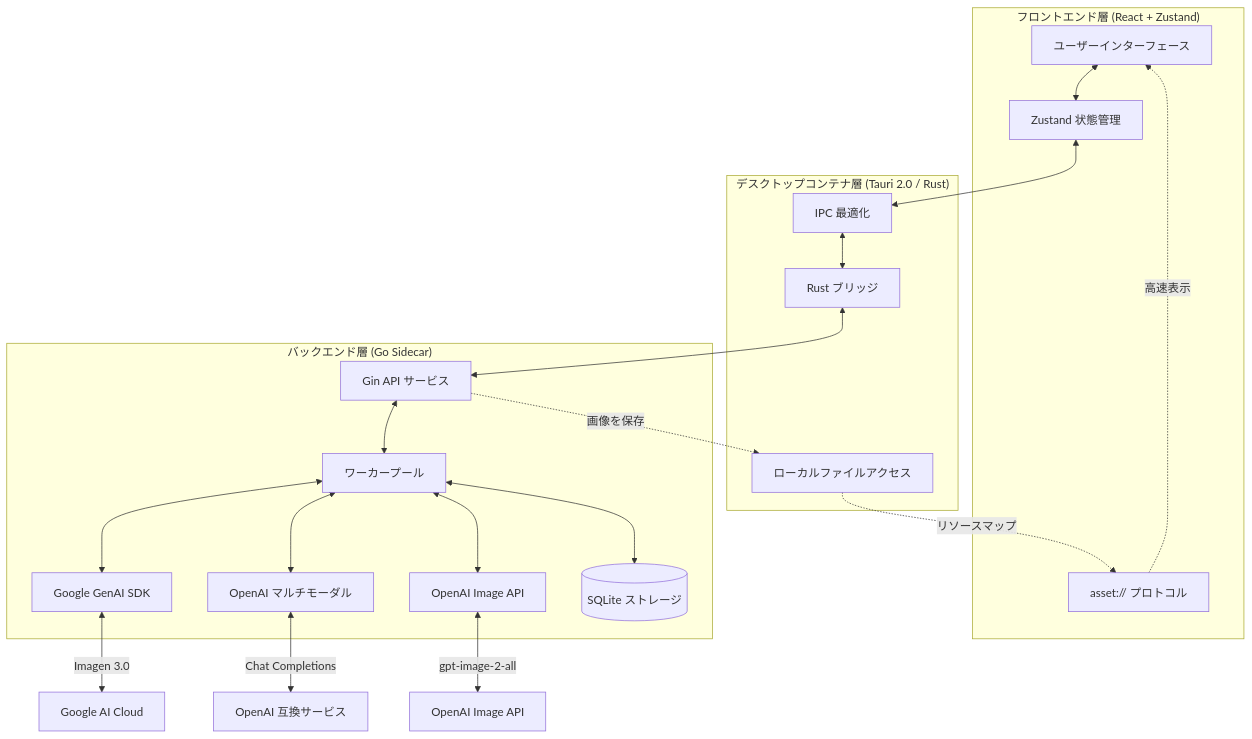
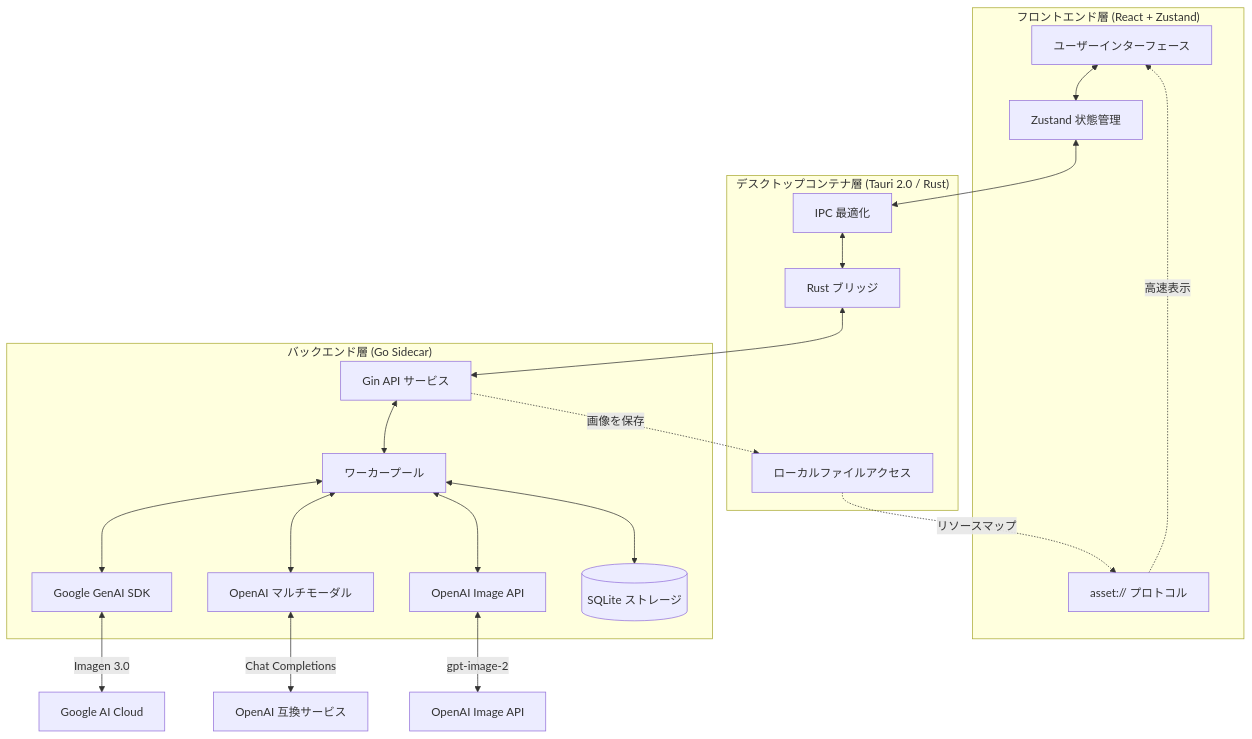
Before and after one commit to ShellMonster/Nano_Banana_Pro_Web: the diagram in README_JP.md, drawn with Mermaid. The commit also changed other lines of this file and 4 other files, not shown here.

Commit message:
docs: rename gpt-image-2-all to gpt-image-2 in docs

````diff
--- a/README_JP.md
+++ b/README_JP.md
@@ -163,39 +163,39 @@
 ```mermaid
 graph TD
     subgraph "フロントエンド層 (React + Zustand)"
         UI[ユーザーインターフェース]
         State[Zustand 状態管理]
         AssetProtocol[asset:// プロトコル]
     end
 
     subgraph "デスクトップコンテナ層 (Tauri 2.0 / Rust)"
         TauriBridge[Rust ブリッジ]
         IPC[IPC 最適化]
         FS[ローカルファイルアクセス]
     end
 
     subgraph "バックエンド層 (Go Sidecar)"
         GoServer[Gin API サービス]
         WorkerPool[ワーカープール]
         GeminiSDK[Google GenAI SDK]
         OpenAISDK[OpenAI マルチモーダル]
         OpenAIImage[OpenAI Image API]
         SQLite[(SQLite ストレージ)]
     end
 
     UI <--> State
     State <--> IPC
     IPC <--> TauriBridge
     TauriBridge <--> GoServer
     GoServer <--> WorkerPool
     WorkerPool <--> GeminiSDK
     WorkerPool <--> OpenAISDK
     WorkerPool <--> OpenAIImage
     WorkerPool <--> SQLite
     GeminiSDK <--> |Imagen 3.0| Cloud[Google AI Cloud]
     OpenAISDK <--> |Chat Completions| CloudAI[OpenAI 互換サービス]
-    OpenAIImage <--> |gpt-image-2-all| CloudImg[OpenAI Image API]
+    OpenAIImage <--> |gpt-image-2| CloudImg[OpenAI Image API]
     GoServer -.-> |画像を保存| FS
     FS -.-> |リソースマップ| AssetProtocol
     AssetProtocol -.-> |高速表示| UI
 ```
````
